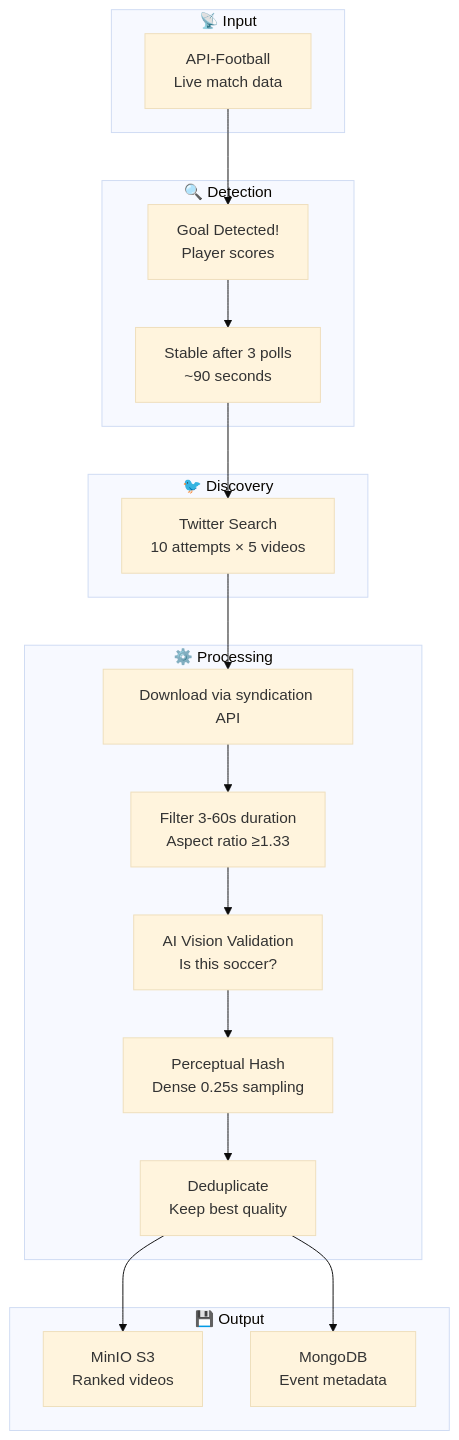
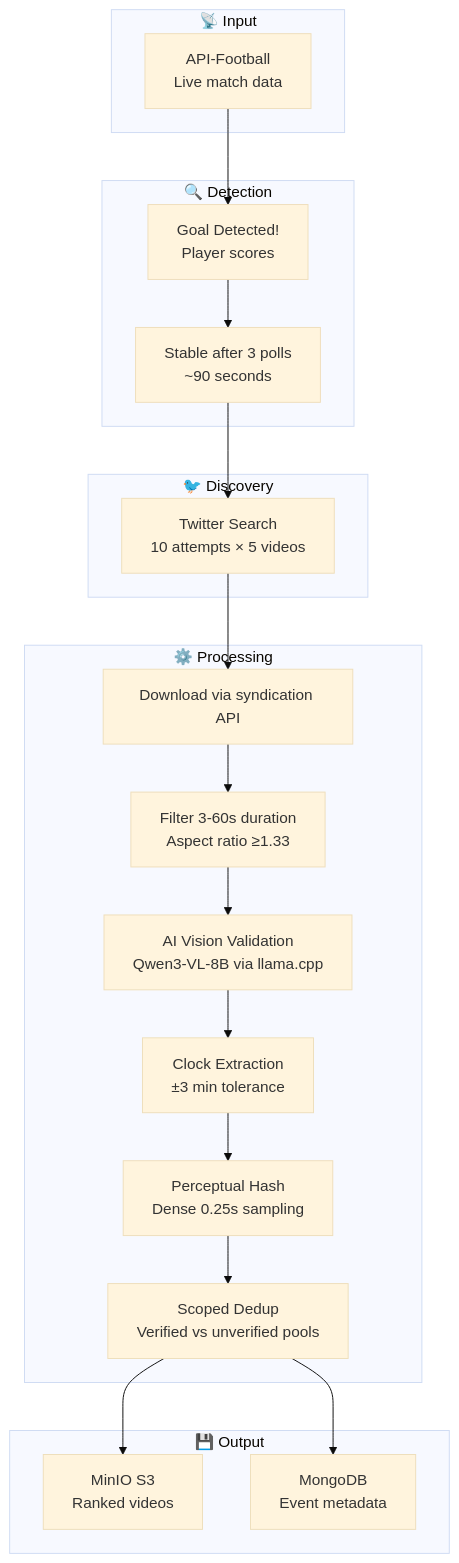
Before and after one commit to vedantadhobley/found-footy: the first of 14 diagrams in README.md, drawn with Mermaid (base theme). The commit also changed other lines of this file and 5 other files, not shown here.

````diff
--- a/README.md
+++ b/README.md
@@ -11,34 +11,35 @@
 ```mermaid
 flowchart TB
     subgraph INPUT["📡 Input"]
         API[API-Football<br/>Live match data]
     end
     
     subgraph DETECT["🔍 Detection"]
         GOAL[Goal Detected!<br/>Player scores]
         STABLE[Stable after 3 polls<br/>~90 seconds]
     end
     
     subgraph DISCOVER["🐦 Discovery"]
         TWITTER[Twitter Search<br/>10 attempts × 5 videos]
     end
     
     subgraph PROCESS["⚙️ Processing"]
         DOWNLOAD[Download via syndication API]
         FILTER[Filter 3-60s duration<br/>Aspect ratio ≥1.33]
-        AI[AI Vision Validation<br/>Is this soccer?]
+        AI[AI Vision Validation<br/>Qwen3-VL-8B via llama.cpp]
+        CLOCK[Clock Extraction<br/>±3 min tolerance]
         HASH[Perceptual Hash<br/>Dense 0.25s sampling]
-        DEDUP[Deduplicate<br/>Keep best quality]
+        DEDUP[Scoped Dedup<br/>Verified vs unverified pools]
     end
     
     subgraph OUTPUT["💾 Output"]
         S3[MinIO S3<br/>Ranked videos]
         META[MongoDB<br/>Event metadata]
     end
     
     API --> GOAL --> STABLE
     STABLE --> TWITTER
-    TWITTER --> DOWNLOAD --> FILTER --> AI --> HASH --> DEDUP
+    TWITTER --> DOWNLOAD --> FILTER --> AI --> CLOCK --> HASH --> DEDUP
     DEDUP --> S3
     DEDUP --> META
 ```
````
